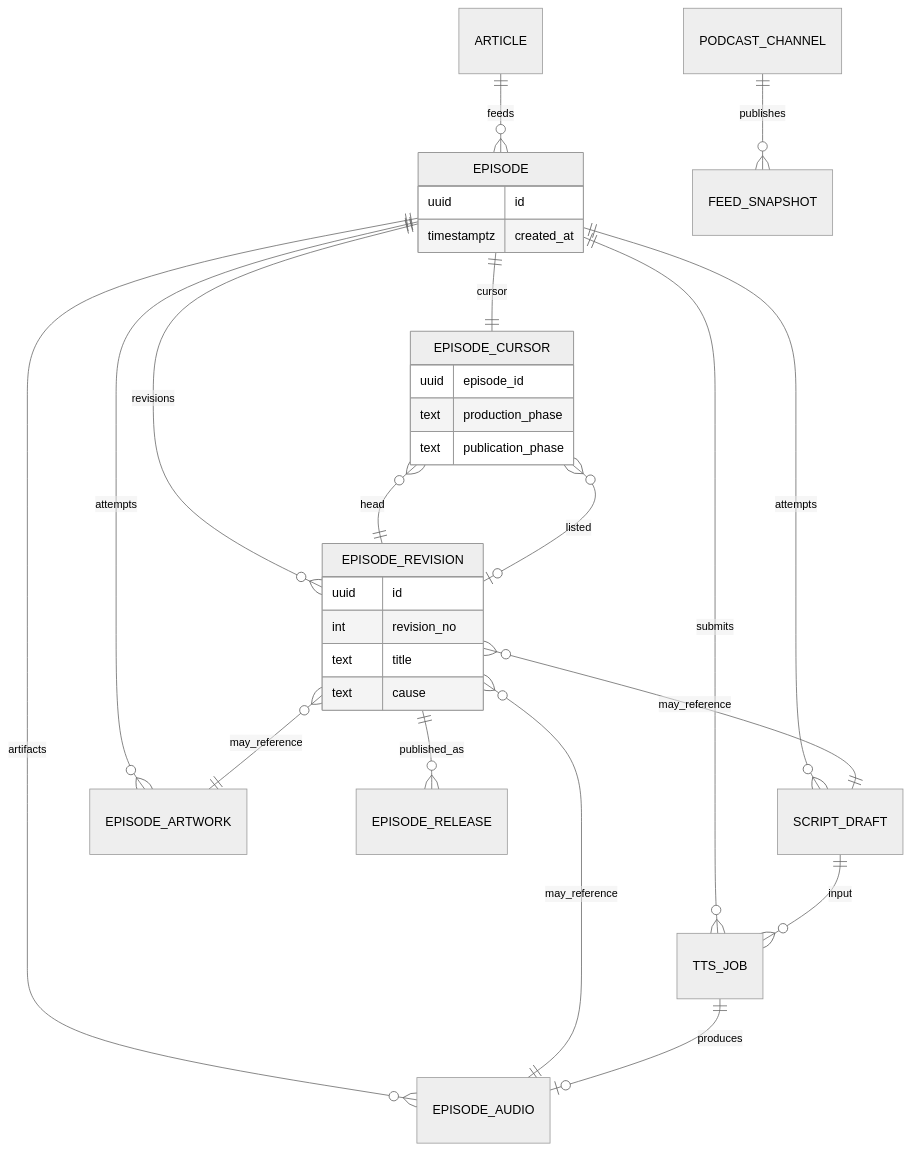
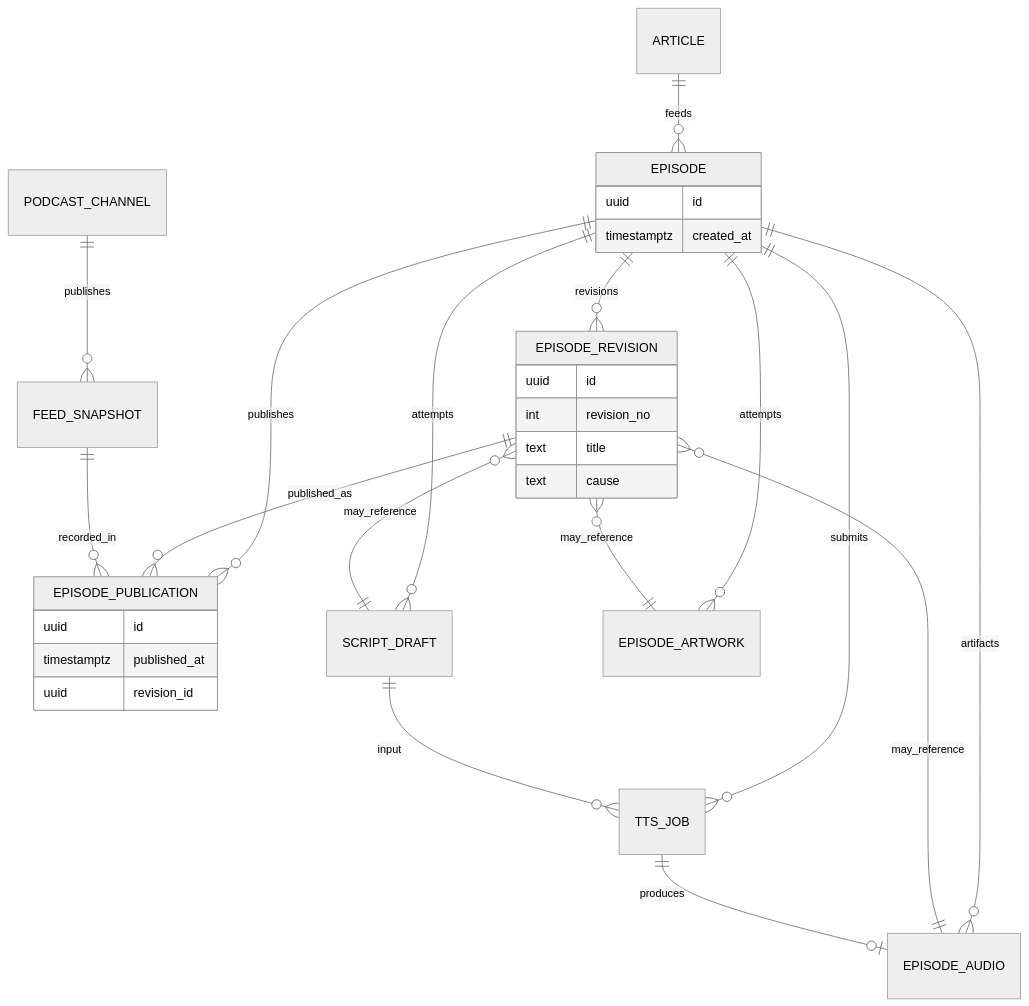
One commit to hskksk/podcaster changed the diagram in docs/architecture/podcast-craft-target-model.md. Above: the diagram before and after it, drawn with Mermaid (neutral theme). The commit also changed other lines of this file, not shown here.

Commit message:
docs(architecture): replace cursor with EpisodePublished event

````diff
--- a/docs/architecture/podcast-craft-target-model.md
+++ b/docs/architecture/podcast-craft-target-model.md
@@ -221,37 +247,36 @@
 ```mermaid
 erDiagram
   ARTICLE ||--o{ EPISODE : feeds
-  EPISODE ||--|| EPISODE_CURSOR : cursor
   EPISODE ||--o{ EPISODE_REVISION : revisions
+  EPISODE ||--o{ EPISODE_PUBLICATION : publishes
   EPISODE ||--o{ SCRIPT_DRAFT : attempts
   EPISODE ||--o{ EPISODE_ARTWORK : attempts
   EPISODE ||--o{ TTS_JOB : submits
   EPISODE ||--o{ EPISODE_AUDIO : artifacts
   EPISODE_REVISION }o--|| SCRIPT_DRAFT : may_reference
   EPISODE_REVISION }o--|| EPISODE_AUDIO : may_reference
   EPISODE_REVISION }o--|| EPISODE_ARTWORK : may_reference
-  EPISODE_CURSOR }o--|| EPISODE_REVISION : head
-  EPISODE_CURSOR }o--o| EPISODE_REVISION : listed
+  EPISODE_REVISION ||--o{ EPISODE_PUBLICATION : published_as
   SCRIPT_DRAFT ||--o{ TTS_JOB : input
   TTS_JOB ||--o| EPISODE_AUDIO : produces
-  EPISODE_REVISION ||--o{ EPISODE_RELEASE : published_as
+  FEED_SNAPSHOT ||--o{ EPISODE_PUBLICATION : recorded_in
   PODCAST_CHANNEL ||--o{ FEED_SNAPSHOT : publishes
 
   EPISODE {
     uuid id
     timestamptz created_at
   }
 
   EPISODE_REVISION {
     uuid id
     int revision_no
     text title
     text cause
   }
 
-  EPISODE_CURSOR {
-    uuid episode_id
-    text production_phase
-    text publication_phase
+  EPISODE_PUBLICATION {
+    uuid id
+    timestamptz published_at
+    uuid revision_id
   }
 ```
````
